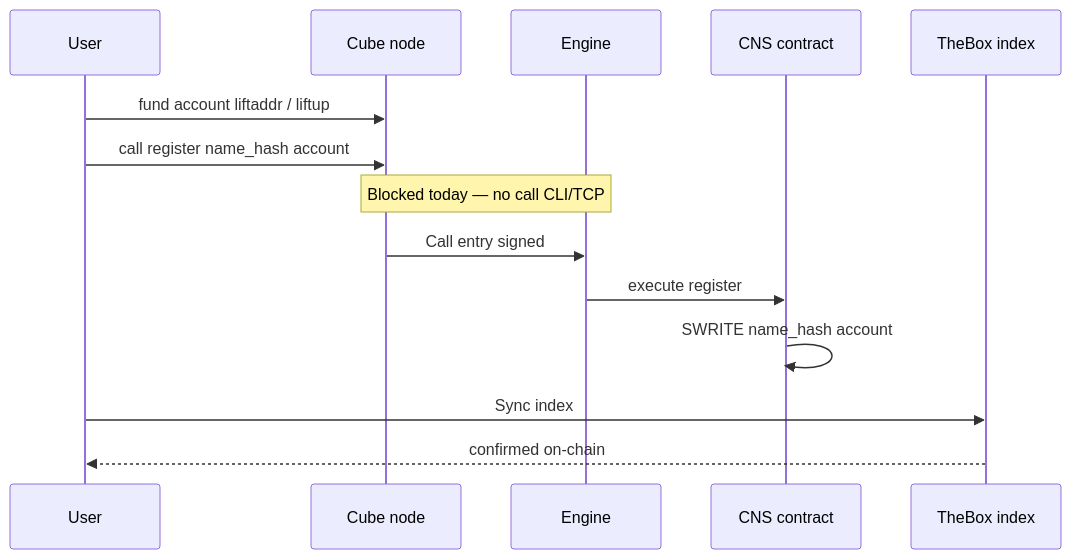
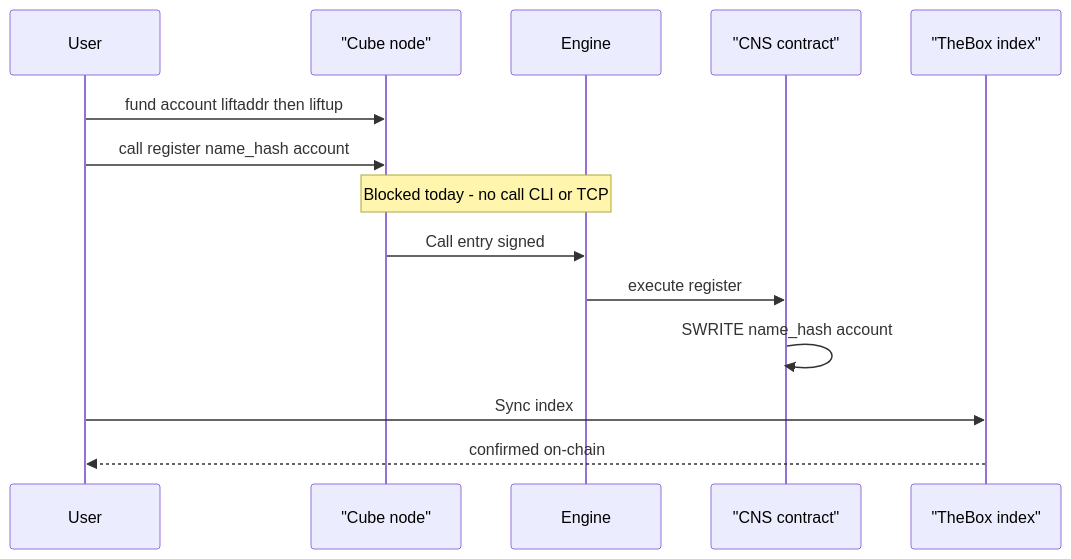
One commit to David-glitc/cube-cns changed the second of 5 diagrams in docs/CONTRACT-FLOW.md. Above: the diagram before and after it, drawn with Mermaid.

Commit message:
Fix CONTRACT-FLOW sequence diagram Mermaid parse errors.
Quote multi-word participant aliases and simplify arrow labels for Mermaid compatibility.

````diff
--- a/docs/CONTRACT-FLOW.md
+++ b/docs/CONTRACT-FLOW.md
@@ -33,17 +33,17 @@
 ```mermaid
 sequenceDiagram
   participant U as User
-  participant N as Cube node
+  participant N as "Cube node"
   participant E as Engine
-  participant C as CNS contract
-  participant I as TheBox index
+  participant C as "CNS contract"
+  participant I as "TheBox index"
 
-  U->>N: fund account liftaddr / liftup
+  U->>N: fund account liftaddr then liftup
   U->>N: call register name_hash account
-  Note over N,E: Blocked today — no call CLI/TCP
+  Note over N,E: Blocked today - no call CLI or TCP
   N->>E: Call entry signed
   E->>C: execute register
   C->>C: SWRITE name_hash account
   U->>I: Sync index
   I-->>U: confirmed on-chain
 ```
````
